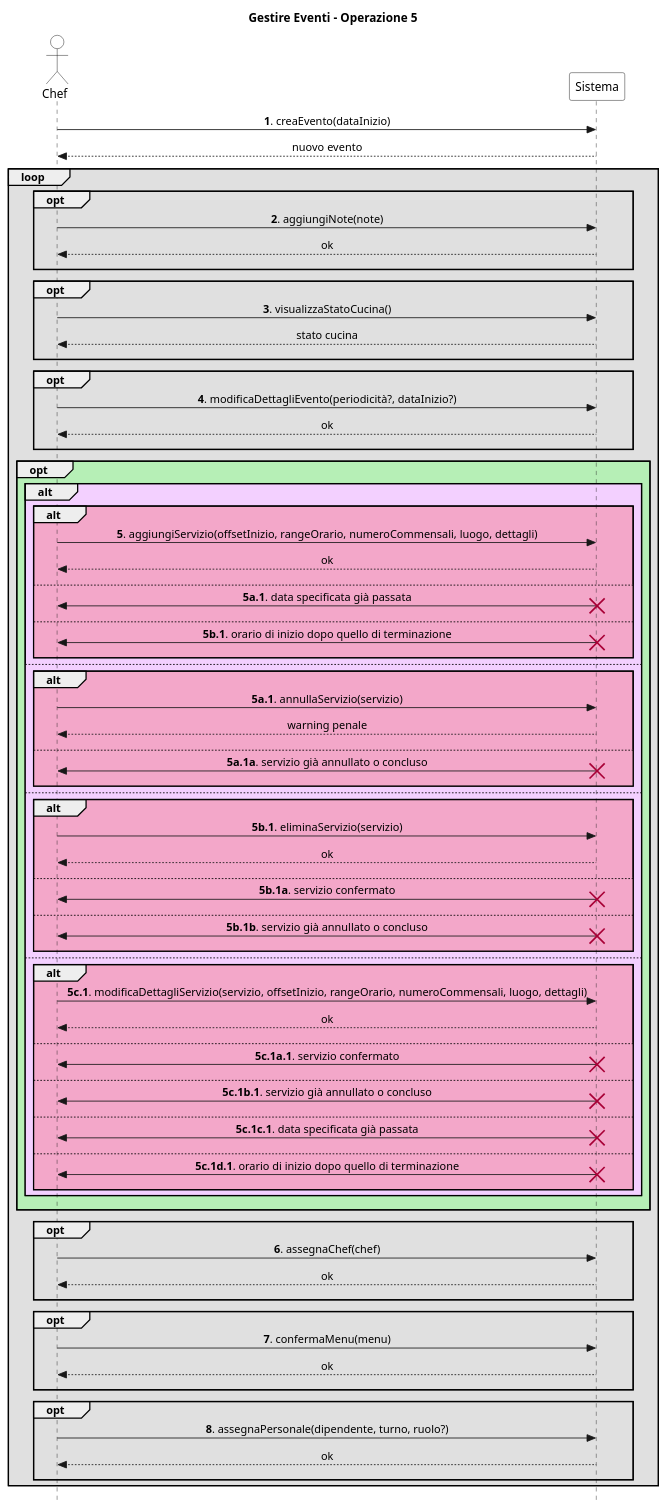
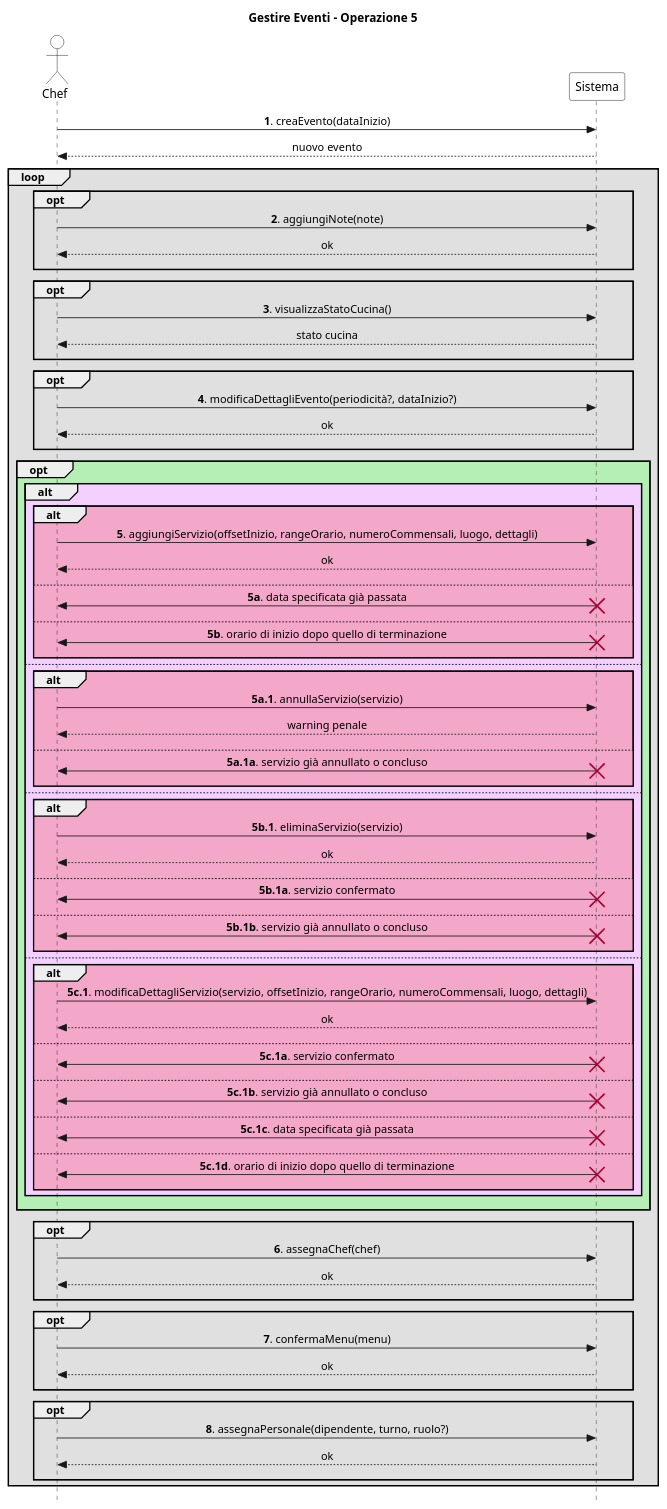
One commit to stefa168/sas-project changed the diagram in UP/Requisiti/UC Gestire Eventi/SSD/Estensioni-Eccezioni Op5.puml. Above: the diagram before and after it, drawn with PlantUML. The commit also changed 3 other files, not shown here.

```diff
--- a/UP/Requisiti/UC Gestire Eventi/SSD/Estensioni-Eccezioni Op5.puml
+++ b/UP/Requisiti/UC Gestire Eventi/SSD/Estensioni-Eccezioni Op5.puml
@@ -1,122 +1,122 @@
 @startuml
 skinparam Style strictuml
 skinparam SequenceMessageAlign center
 
 skinparam sequence {
     ActorBorderColor Black
     ActorBackgroundColor White
     ParticipantBorderColor Black
     ParticipantBackgroundColor White
 }
 
 actor Chef
 participant Sistema
 
 title Gestire Eventi - Operazione 5
 
 Chef -> Sistema: **1**. creaEvento(dataInizio)
 return nuovo evento
 
 loop #e0e0e0
     opt #e0e0e0
         Chef -> Sistema: **2**. aggiungiNote(note)
         return ok
         ||10||
     end
 
     opt #e0e0e0
         Chef -> Sistema: **3**. visualizzaStatoCucina()
         return stato cucina
         ||10||
     end
 
     opt #e0e0e0
         Chef -> Sistema: **4**. modificaDettagliEvento(periodicità?, dataInizio?)
         return ok
         ||10||
     end
 
     opt #b6efb6
         alt #f3d0ff
             alt #f3a7c9
                 Chef -> Sistema: **5**. aggiungiServizio(offsetInizio, rangeOrario, numeroCommensali, luogo, dettagli)
                 return ok
                 ||10||
             else
-                Chef <- Sistema: **5a.1**. data specificata già passata
+                Chef <- Sistema: **5a**. data specificata già passata
                 destroy Sistema
                 ||10||
             else
-                Chef <- Sistema: **5b.1**. orario di inizio dopo quello di terminazione
+                Chef <- Sistema: **5b**. orario di inizio dopo quello di terminazione
                 destroy Sistema
                 ||10||
             end
         else
             alt #f3a7c9
                 Chef -> Sistema: **5a.1**. annullaServizio(servizio)
                 return warning penale
                 ||10||
             else
                 Chef <- Sistema: **5a.1a**. servizio già annullato o concluso
                 destroy Sistema
                 ||10||
             end
         else
             alt #f3a7c9
                 Chef -> Sistema: **5b.1**. eliminaServizio(servizio)
                 return ok
                 ||10||
             else
                 Chef <- Sistema: **5b.1a**. servizio confermato
                 destroy Sistema
                 ||10||
             else
                 Chef <- Sistema: **5b.1b**. servizio già annullato o concluso
                 destroy Sistema
                 ||10||
             end
         else
             alt #f3a7c9
                 Chef -> Sistema: **5c.1**. modificaDettagliServizio(servizio, offsetInizio, rangeOrario, numeroCommensali, luogo, dettagli)
                 return ok
                 ||10||
             else
-                Chef <- Sistema: **5c.1a.1**. servizio confermato
+                Chef <- Sistema: **5c.1a**. servizio confermato
                 destroy Sistema
                 ||10||
             else
-                Chef <- Sistema: **5c.1b.1**. servizio già annullato o concluso
+                Chef <- Sistema: **5c.1b**. servizio già annullato o concluso
                 destroy Sistema
                 ||10||
             else
-                Chef <- Sistema: **5c.1c.1**. data specificata già passata
+                Chef <- Sistema: **5c.1c**. data specificata già passata
                 destroy Sistema
                 ||10||
             else
-                Chef <- Sistema: **5c.1d.1**. orario di inizio dopo quello di terminazione
+                Chef <- Sistema: **5c.1d**. orario di inizio dopo quello di terminazione
                 destroy Sistema
                 ||10||
             end
         end
         ||10||
     end
 
     opt #e0e0e0
         Chef -> Sistema: **6**. assegnaChef(chef)
         return ok
         ||10||
     end
 
     opt #e0e0e0
         Chef -> Sistema: **7**. confermaMenu(menu)
         return ok
         ||10||
     end
 
     opt #e0e0e0
         Chef -> Sistema: **8**. assegnaPersonale(dipendente, turno, ruolo?)
         return ok
         ||10||
     end
 end
 @enduml
```
